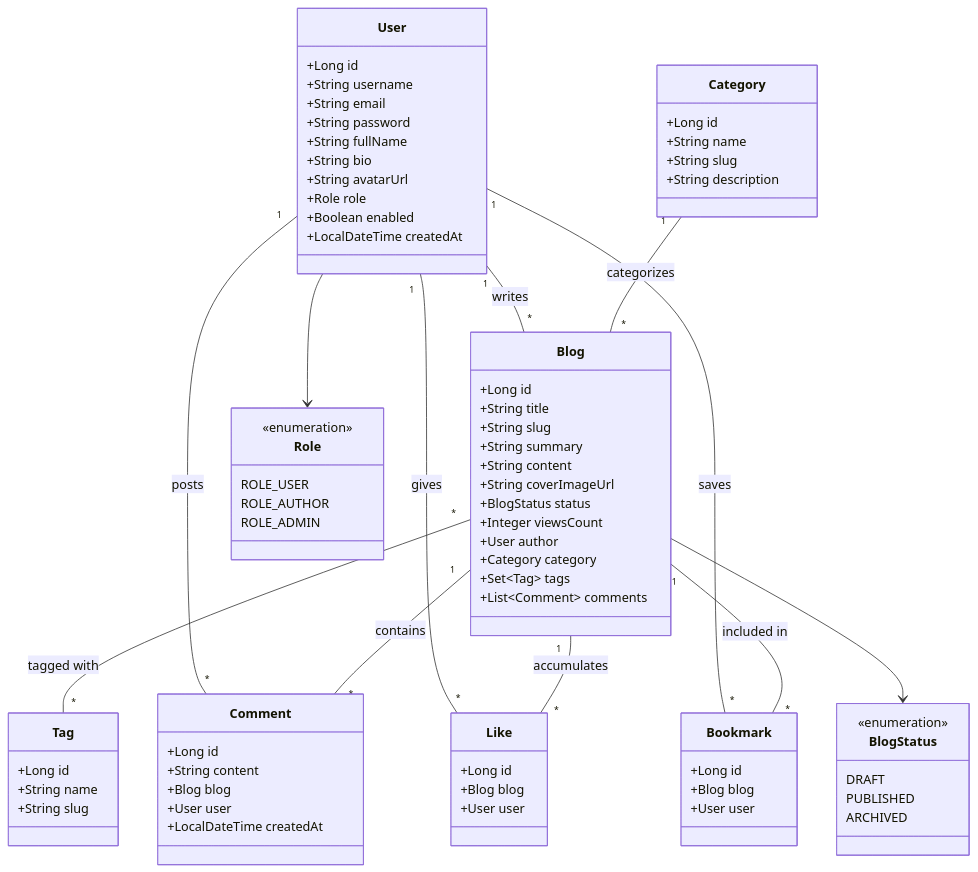
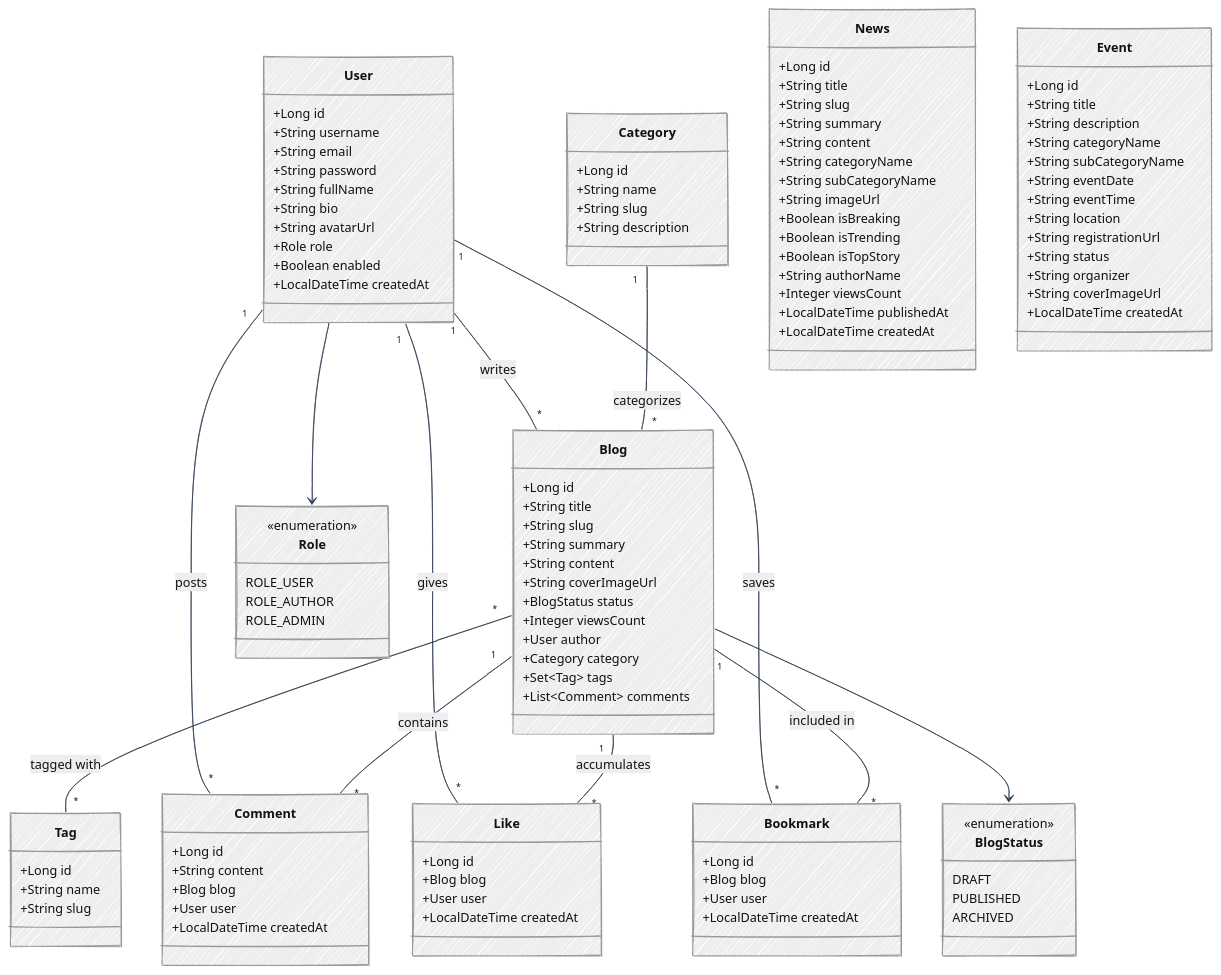
The diagram in docs/diagrams/class_diagram.md (ravi2007415-eng/Blogging-Content-Publishing-Platform), drawn with Mermaid before and after one commit. The commit also changed other lines of this file and 11 other files, not shown here.

Commit message:
Update Class Diagram and ER Diagram to hand-drawn human sketch style

````diff
--- a/docs/diagrams/class_diagram.md
+++ b/docs/diagrams/class_diagram.md
@@ -3,4 +11,15 @@
 ```mermaid
+%%{init: {
+  'theme': 'neutral',
+  'look': 'handDrawn',
+  'themeVariables': {
+    'fontFamily': 'Architects Daughter, Caveat, Comic Sans MS, cursive',
+    'primaryColor': '#F0F9FF',
+    'primaryBorderColor': '#0284C7',
+    'lineColor': '#334155',
+    'tertiaryColor': '#FEF3C7'
+  }
+}}%%
 classDiagram
     class User {
         +Long id
@@ -55,12 +74,48 @@
         +Long id
         +Blog blog
         +User user
+        +LocalDateTime createdAt
     }
 
     class Bookmark {
         +Long id
         +Blog blog
         +User user
+        +LocalDateTime createdAt
+    }
+
+    class News {
+        +Long id
+        +String title
+        +String slug
+        +String summary
+        +String content
+        +String categoryName
+        +String subCategoryName
+        +String imageUrl
+        +Boolean isBreaking
+        +Boolean isTrending
+        +Boolean isTopStory
+        +String authorName
+        +Integer viewsCount
+        +LocalDateTime publishedAt
+        +LocalDateTime createdAt
+    }
+
+    class Event {
+        +Long id
+        +String title
+        +String description
+        +String categoryName
+        +String subCategoryName
+        +String eventDate
+        +String eventTime
+        +String location
+        +String registrationUrl
+        +String status
+        +String organizer
+        +String coverImageUrl
+        +LocalDateTime createdAt
     }
 
     class Role {
````
